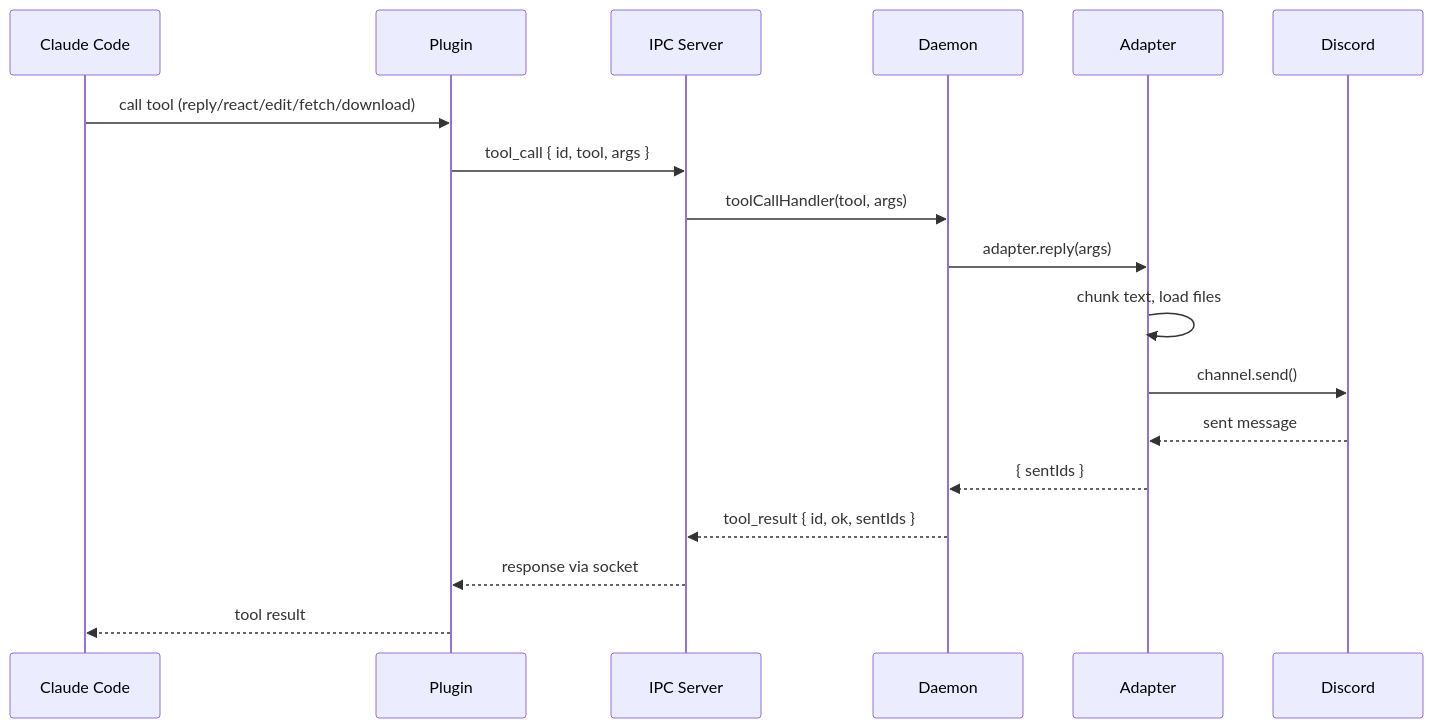
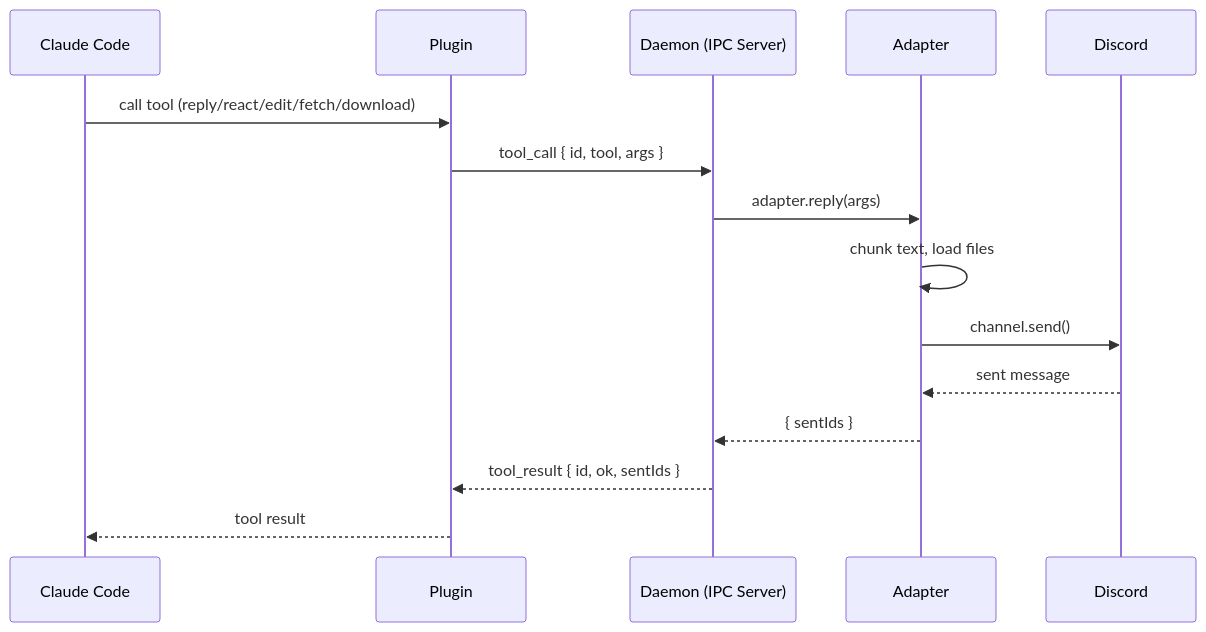
Before and after one commit to HealGaren/claude-channel-mux: the fourth of 8 diagrams in docs/guides/architecture.md, drawn with Mermaid. The commit also changed other lines of this file, not shown here.

First line of the commit message:
docs: improve architecture diagrams

````diff
--- a/docs/guides/architecture.md
+++ b/docs/guides/architecture.md
@@ -92,21 +92,18 @@
 ```mermaid
 sequenceDiagram
     participant C as Claude Code
     participant P as Plugin
-    participant IPC as IPC Server
-    participant Daemon as Daemon
+    participant Daemon as Daemon (IPC Server)
     participant A as Adapter
     participant D as Discord
 
     C->>P: call tool (reply/react/edit/fetch/download)
-    P->>IPC: tool_call { id, tool, args }
-    IPC->>Daemon: toolCallHandler(tool, args)
+    P->>Daemon: tool_call { id, tool, args }
     Daemon->>A: adapter.reply(args)
     A->>A: chunk text, load files
     A->>D: channel.send()
     D-->>A: sent message
     A-->>Daemon: { sentIds }
-    Daemon-->>IPC: tool_result { id, ok, sentIds }
-    IPC-->>P: response via socket
+    Daemon-->>P: tool_result { id, ok, sentIds }
     P-->>C: tool result
 ```
````
